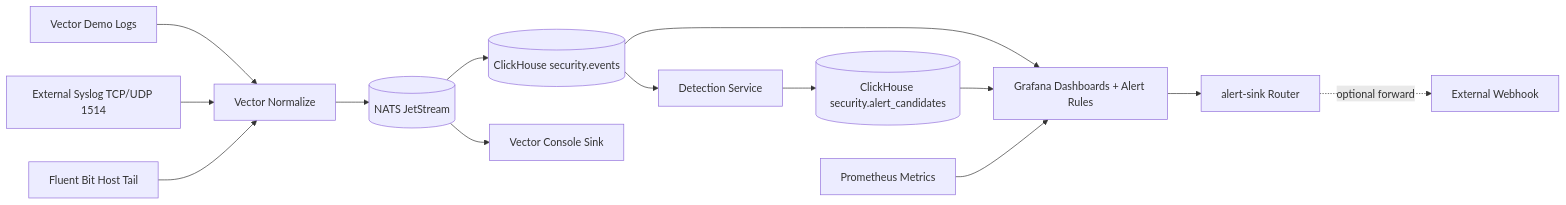
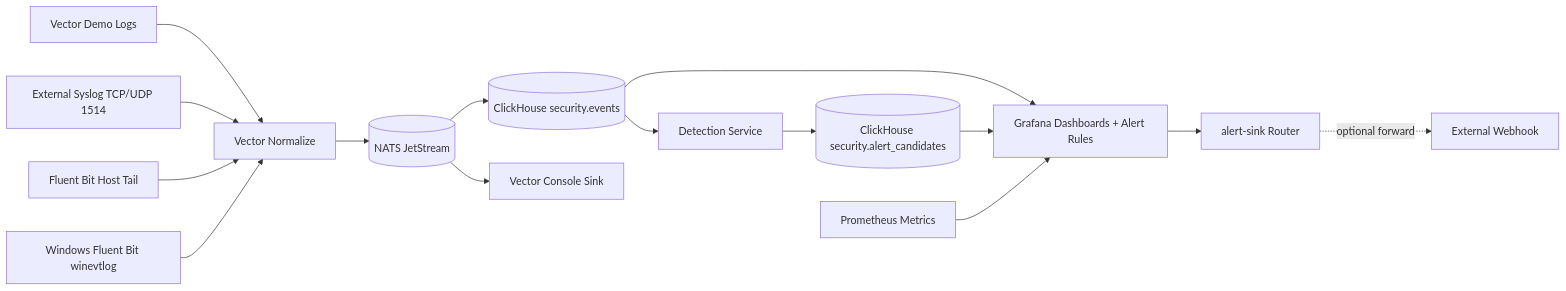
The first of 2 diagrams in README.md (krazybean/Hayabusa), drawn with Mermaid before and after one commit. The commit also changed other lines of this file and 9 other files, not shown here.

````diff
--- a/README.md
+++ b/README.md
@@ -27,20 +27,21 @@
 ```mermaid
 flowchart LR
     DemoLogs[Vector Demo Logs] --> Vector[Vector Normalize]
     SyslogFeed[External Syslog TCP/UDP 1514] --> Vector
     FluentBit[Fluent Bit Host Tail] --> Vector
+    WinFluentBit[Windows Fluent Bit winevtlog] --> Vector
     Vector --> Nats[(NATS JetStream)]
     Nats --> Events[(ClickHouse security.events)]
     Nats --> Console[Vector Console Sink]
 
     Events --> Detection[Detection Service]
     Detection --> Candidates[(ClickHouse security.alert_candidates)]
 
     Events --> Grafana[Grafana Dashboards + Alert Rules]
     Candidates --> Grafana
     Prometheus[Prometheus Metrics] --> Grafana
 
     Grafana --> AlertRouter[alert-sink Router]
     AlertRouter -. optional forward .-> ExternalWebhook[External Webhook]
 
 ```
````
